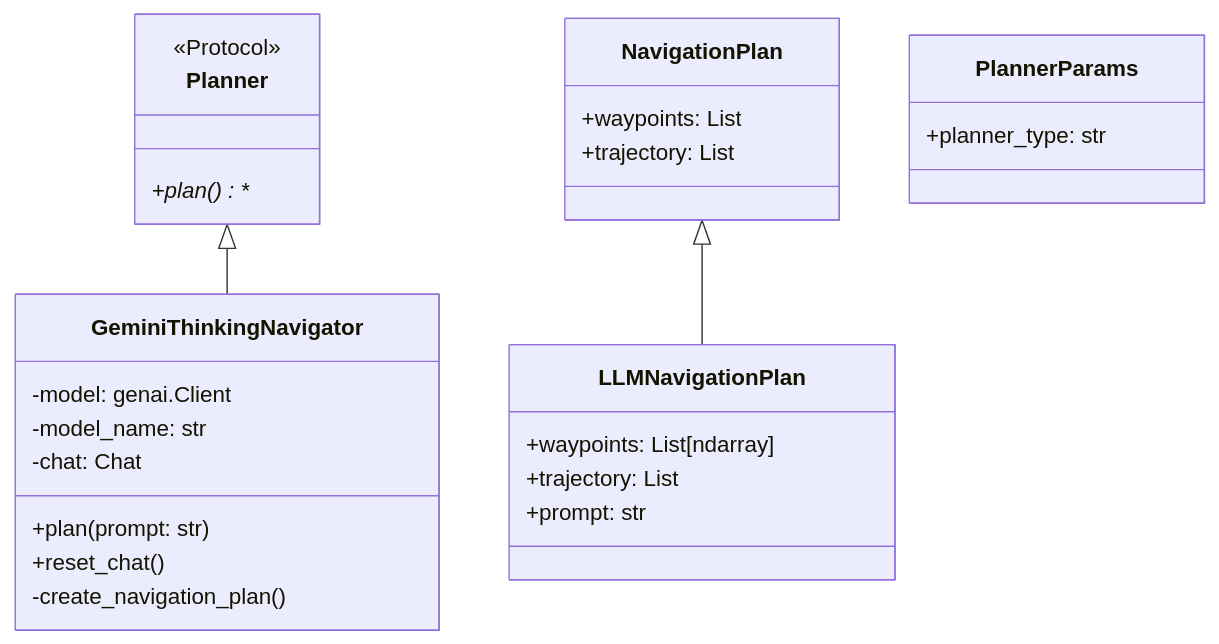
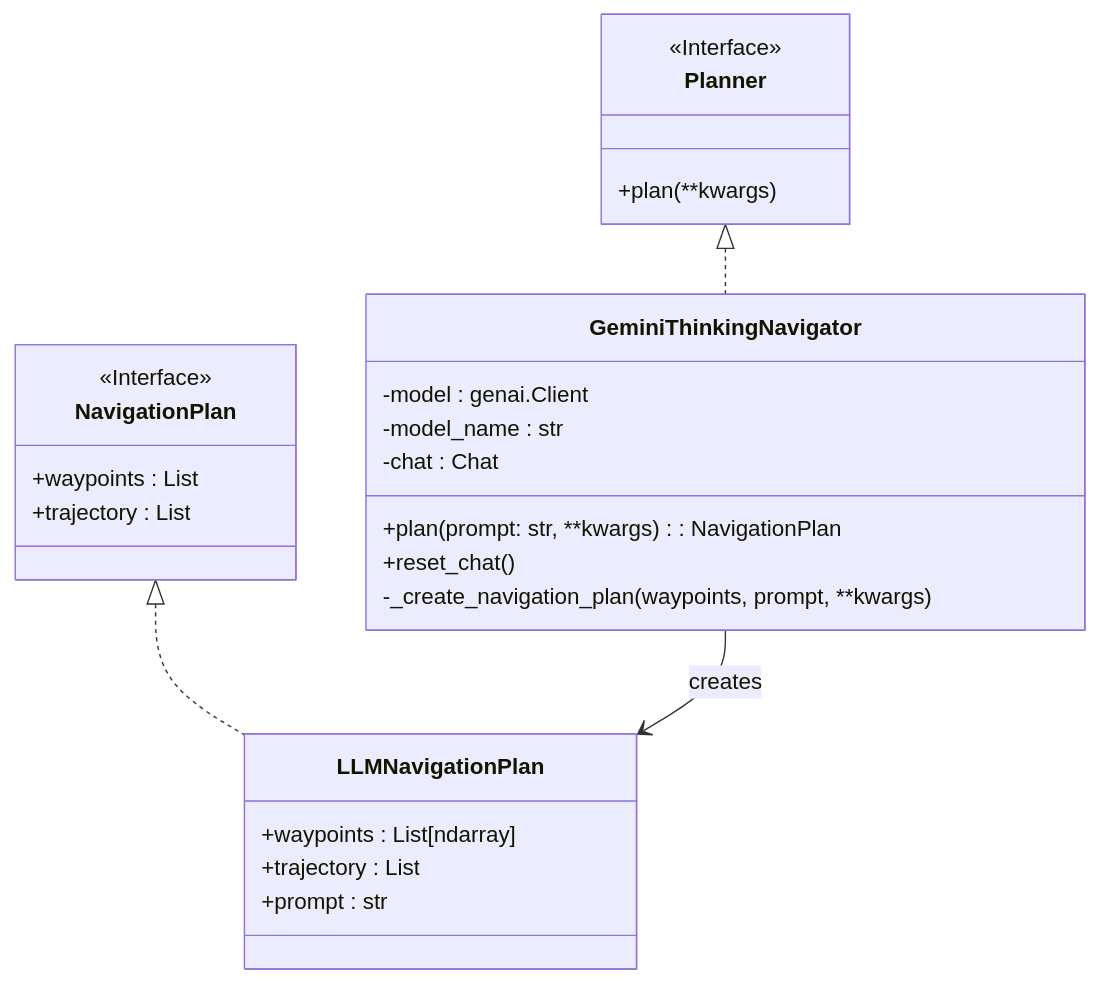
The diagram in src/planning/README.md (shaoanlu/llm_mjx_go1_playground), drawn with Mermaid before and after one commit. The commit also changed 1 other file, not shown here.

Commit message:
update graphs

````diff
--- a/src/planning/README.md
+++ b/src/planning/README.md
@@ -1,34 +1,32 @@
 ```mermaid
 classDiagram
-    %% Base Classes
     class Planner {
-        <<Protocol>>
-        +plan()**
-    }
-    class NavigationPlan {
-        +waypoints: List
-        +trajectory: List
-    }
-    class PlannerParams {
-        +planner_type: str
+        <<Interface>>
+        +plan(**kwargs)
     }
 
-    %% LLM Navigation Classes
-    class GeminiThinkingNavigator {
-        -model: genai.Client
-        -model_name: str
-        -chat: Chat
-        +plan(prompt: str)
-        +reset_chat()
-        -create_navigation_plan()
-    }
-    class LLMNavigationPlan {
-        +waypoints: List[ndarray]
-        +trajectory: List
-        +prompt: str
+    class NavigationPlan {
+      <<Interface>>
+        +waypoints : List
+        +trajectory : List
     }
 
-    %% Relationships
-    Planner <|-- GeminiThinkingNavigator
-    NavigationPlan <|-- LLMNavigationPlan
+    class GeminiThinkingNavigator {
+        -model : genai.Client
+        -model_name : str
+        -chat : Chat
+        +plan(prompt: str, **kwargs) : NavigationPlan
+        +reset_chat()
+        -_create_navigation_plan(waypoints, prompt, **kwargs)
+    }
+
+    class LLMNavigationPlan {
+        +waypoints : List[ndarray]
+        +trajectory : List
+        +prompt : str
+    }
+
+    Planner <|.. GeminiThinkingNavigator
+    NavigationPlan <|.. LLMNavigationPlan
+    GeminiThinkingNavigator --> LLMNavigationPlan : creates
 ```
````
